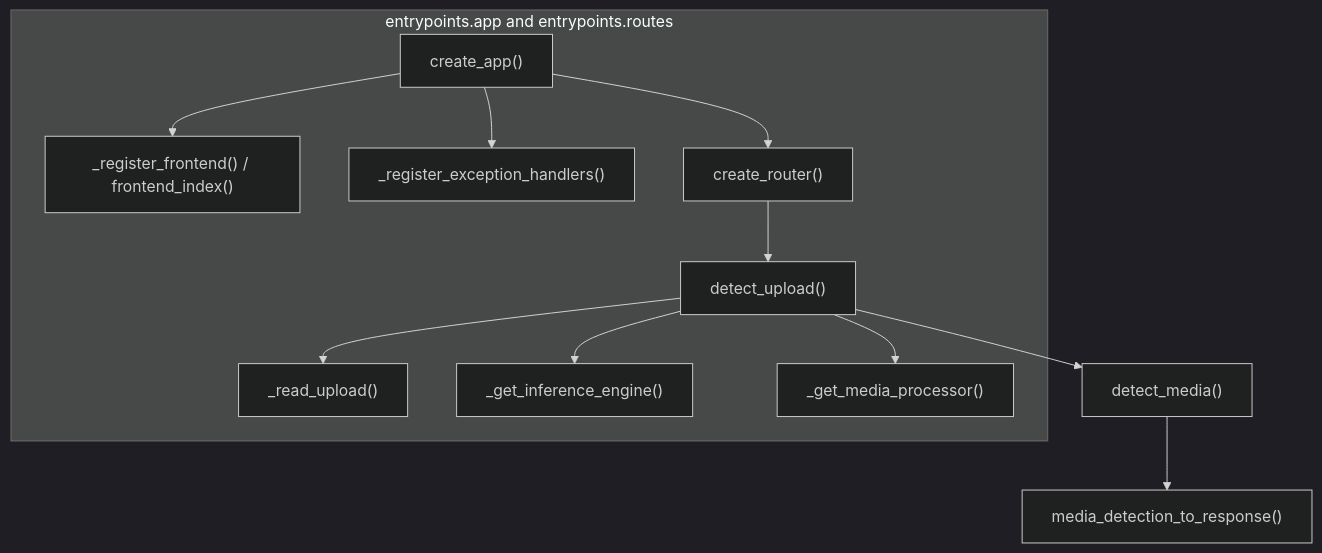
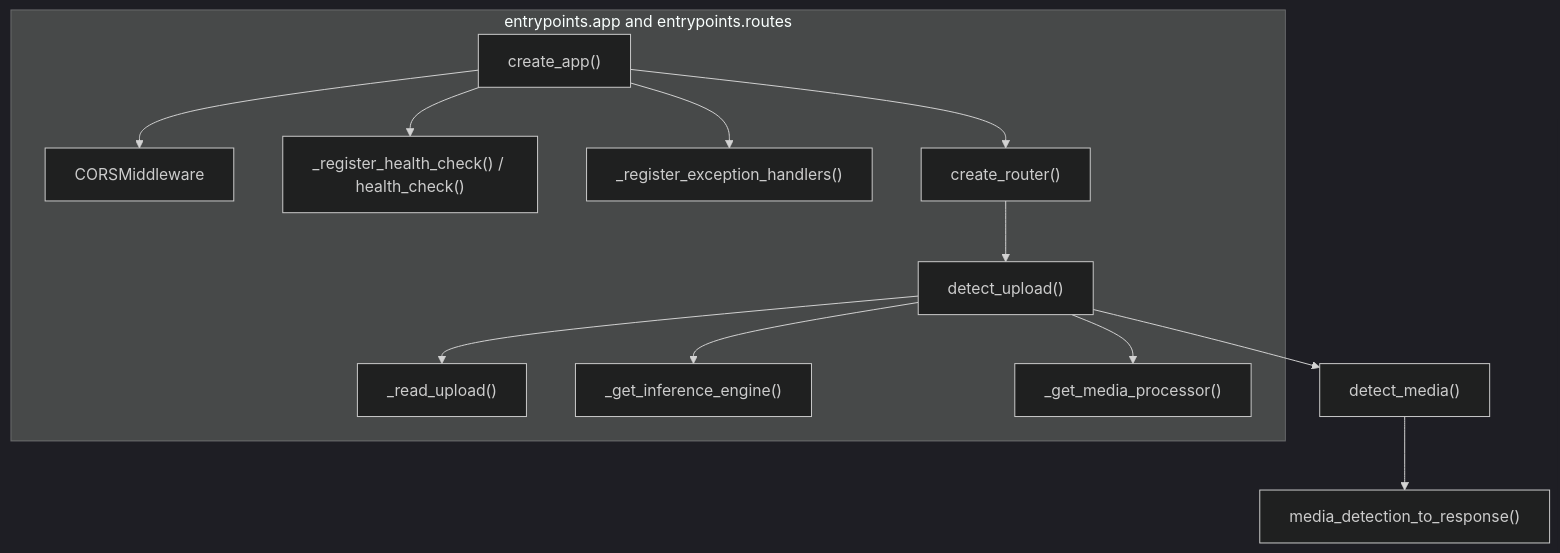
The seventh of 10 diagrams in docs/ports-and-adapters-trace.md (Sungchunn/yolov8n-ports-adapters), drawn with Mermaid (dark theme) before and after one commit. The commit also changed other lines of this file and 7 other files, not shown here.

````diff
--- a/docs/ports-and-adapters-trace.md
+++ b/docs/ports-and-adapters-trace.md
@@ -321,23 +321,25 @@
 ```mermaid
 flowchart TB
     subgraph HTTP["entrypoints.app and entrypoints.routes"]
         Create["create_app()"]
-        Frontend["_register_frontend() / frontend_index()"]
+        Cors["CORSMiddleware"]
+        Health["_register_health_check() / health_check()"]
         Handlers["_register_exception_handlers()"]
         Router["create_router()"]
         Upload["detect_upload()"]
         Read["_read_upload()"]
         GetEngine["_get_inference_engine()"]
         GetMedia["_get_media_processor()"]
     end
 
     Create --> Router
-    Create --> Frontend
+    Create --> Cors
+    Create --> Health
     Create --> Handlers
     Router --> Upload
     Upload --> Read
     Upload --> GetEngine
     Upload --> GetMedia
     Upload --> Service["detect_media()"]
     Service --> Mapper["media_detection_to_response()"]
 ```
````
